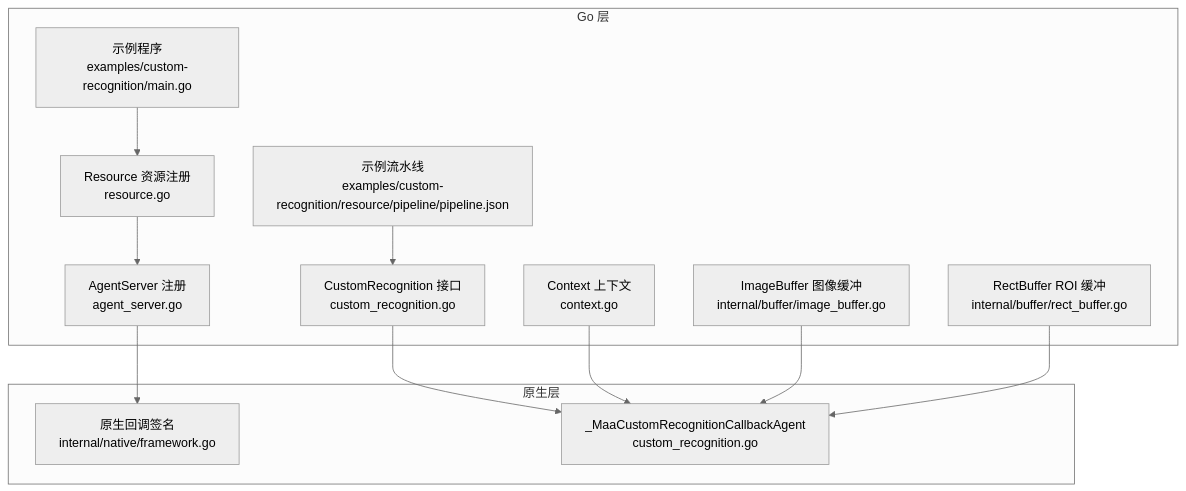
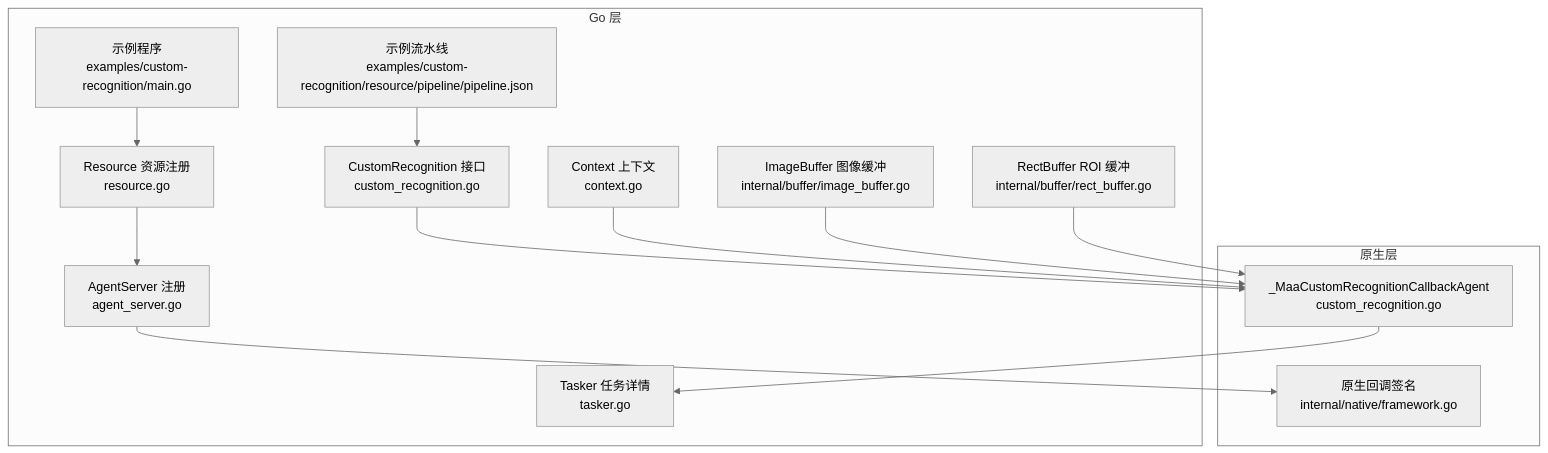
One commit to kqcoxn/MaaPipelineEditor changed the first of 8 diagrams in instructions/maafw-golang-binding/高级功能/自定义识别.md. Above: the diagram before and after it, drawn with Mermaid (neutral theme). The commit also changed other lines of this file and 7 other files, not shown here.

````diff
--- a/instructions/maafw-golang-binding/高级功能/自定义识别.md
+++ b/instructions/maafw-golang-binding/高级功能/自定义识别.md
@@ -45,25 +57,27 @@
 ```mermaid
 graph TB
 subgraph "Go 层"
 CR["CustomRecognition 接口<br/>custom_recognition.go"]
 Ctx["Context 上下文<br/>context.go"]
 ImgBuf["ImageBuffer 图像缓冲<br/>internal/buffer/image_buffer.go"]
 RectBuf["RectBuffer ROI 缓冲<br/>internal/buffer/rect_buffer.go"]
 Res["Resource 资源注册<br/>resource.go"]
 Agent["AgentServer 注册<br/>agent_server.go"]
 ExMain["示例程序<br/>examples/custom-recognition/main.go"]
 ExPipe["示例流水线<br/>examples/custom-recognition/resource/pipeline/pipeline.json"]
+Tasker["Tasker 任务详情<br/>tasker.go"]
 end
 subgraph "原生层"
 Native["原生回调签名<br/>internal/native/framework.go"]
 Callback["_MaaCustomRecognitionCallbackAgent<br/>custom_recognition.go"]
 end
 CR --> Callback
 Ctx --> Callback
 ImgBuf --> Callback
 RectBuf --> Callback
 Res --> Agent
 Agent --> Native
 ExMain --> Res
 ExPipe --> CR
+Callback --> Tasker
 ```
````
